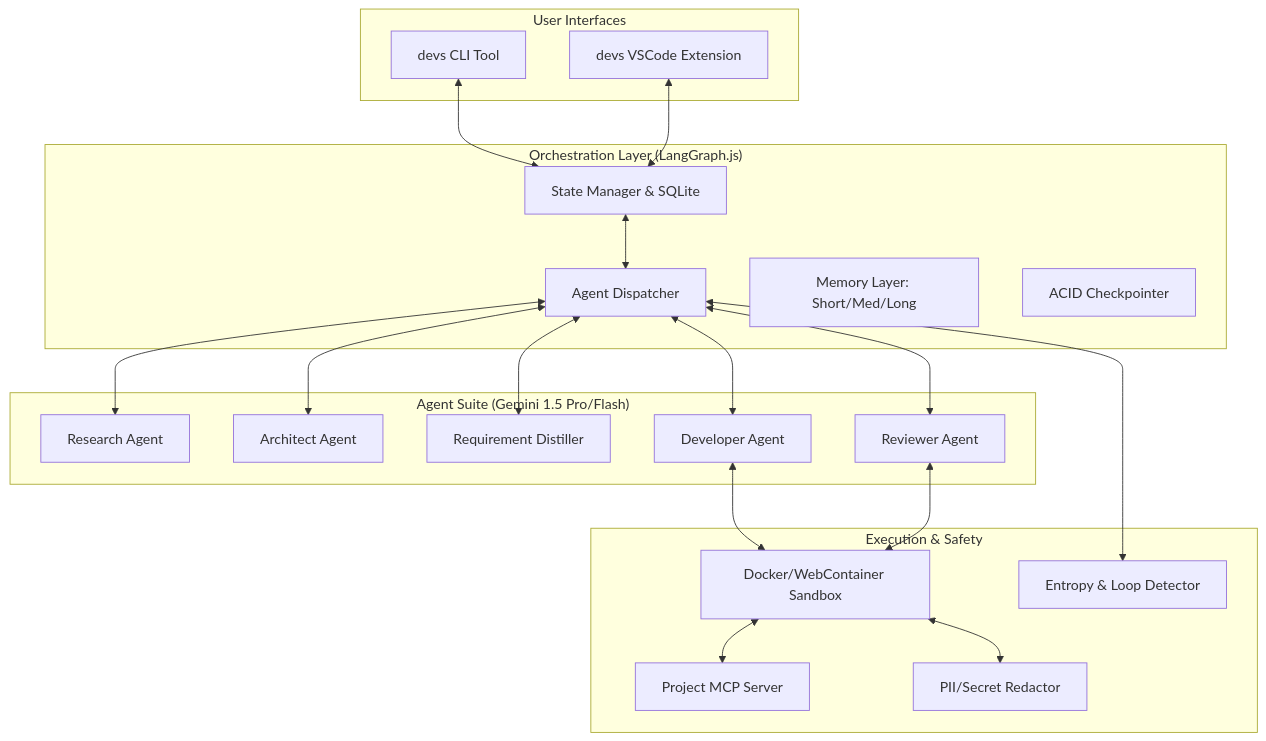
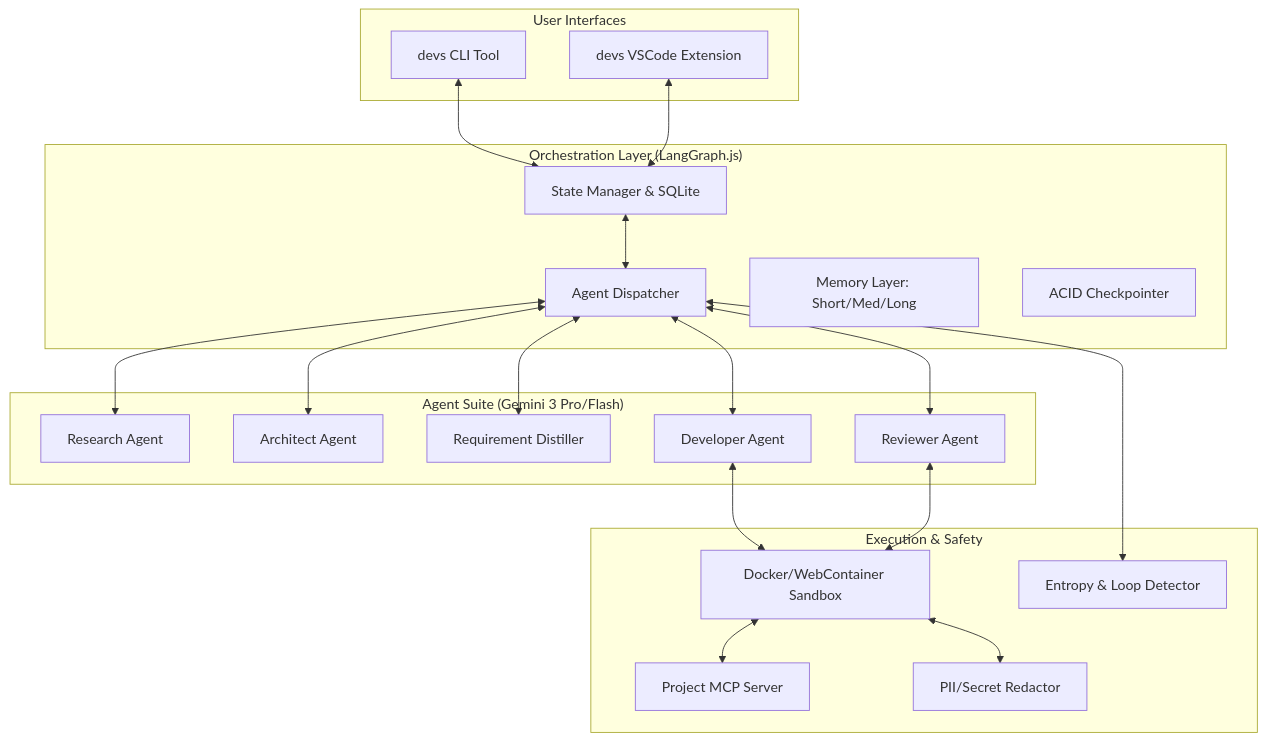
The first of 2 diagrams in specs/2_tas.md (spwilson27/devs), drawn with Mermaid before and after one commit. The commit also changed other lines of this file and 20 other files, not shown here.

````diff
--- a/specs/2_tas.md
+++ b/specs/2_tas.md
@@ -43,43 +43,43 @@
 ```mermaid
 graph TB
     subgraph "User Interfaces"
         CLI[devs CLI Tool]
         VSCode[devs VSCode Extension]
     end
 
     subgraph "Orchestration Layer (LangGraph.js)"
         StateMgr[State Manager & SQLite]
         Dispatcher[Agent Dispatcher]
         MemLayer[Memory Layer: Short/Med/Long]
         Checkpointer[ACID Checkpointer]
     end
 
-    subgraph "Agent Suite (Gemini 1.5 Pro/Flash)"
+    subgraph "Agent Suite (Gemini 3 Pro/Flash)"
         ResAgent[Research Agent]
         ArchAgent[Architect Agent]
         Distiller[Requirement Distiller]
         DevAgent[Developer Agent]
         RevAgent[Reviewer Agent]
     end
 
     subgraph "Execution & Safety"
         Sandbox[Docker/WebContainer Sandbox]
         MCP_Server[Project MCP Server]
         Entropy[Entropy & Loop Detector]
         SecretMasker[PII/Secret Redactor]
     end
 
     CLI <--> StateMgr
     VSCode <--> StateMgr
     StateMgr <--> Dispatcher
     Dispatcher <--> ResAgent
     Dispatcher <--> ArchAgent
     Dispatcher <--> Distiller
     Dispatcher <--> DevAgent
     Dispatcher <--> RevAgent
     DevAgent <--> Sandbox
     RevAgent <--> Sandbox
     Sandbox <--> MCP_Server
     Dispatcher <--> Entropy
     Sandbox <--> SecretMasker
 ```
````
